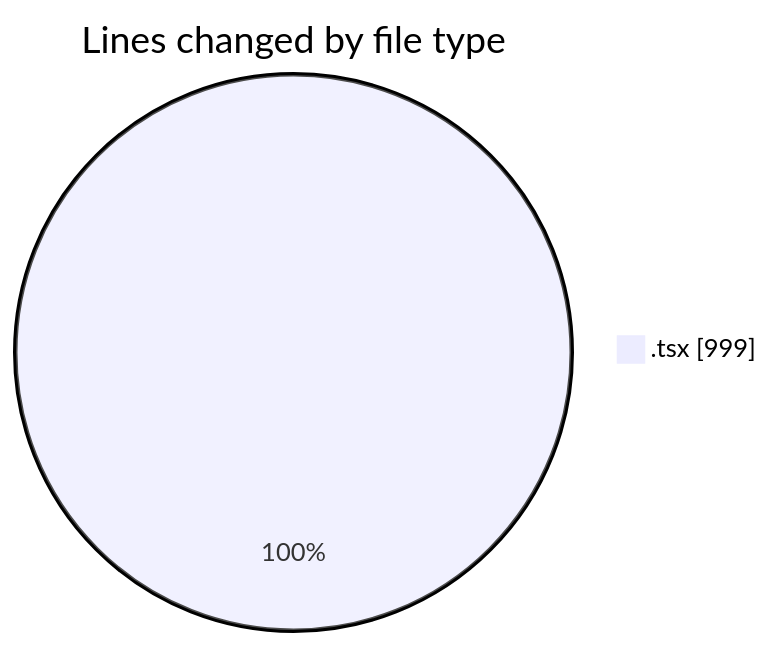
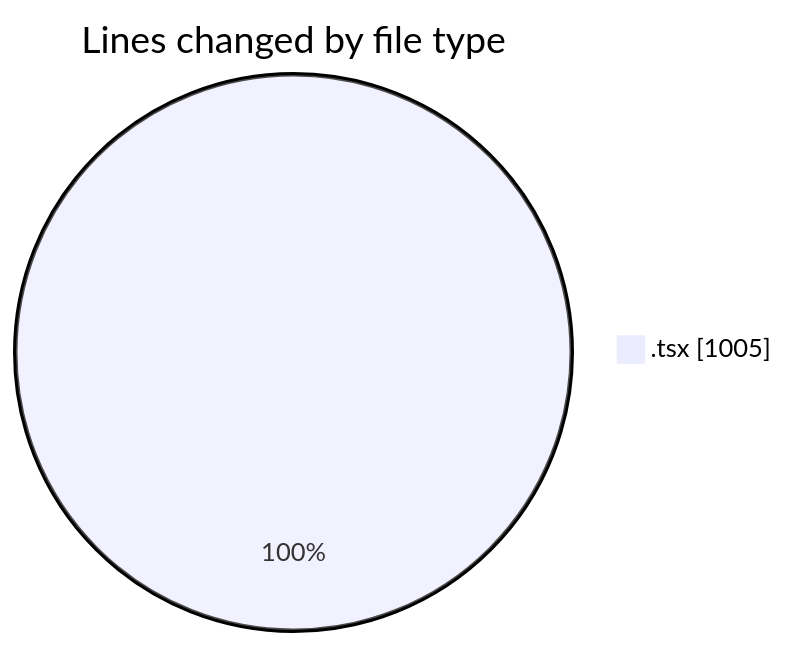
Before and after one commit to nxtqubesakshisongat/code-tracking: the first of 2 diagrams in 2026-06-17/nxtqube_webapp/README.md, drawn with Mermaid. The commit also changed other lines of this file and 1 other file, not shown here.

````diff
--- a/2026-06-17/nxtqube_webapp/README.md
+++ b/2026-06-17/nxtqube_webapp/README.md
@@ -23,5 +23,5 @@
 ```mermaid
 pie showData
 title Lines changed by file type
-".tsx" : 999
+".tsx" : 1005
 ```
````
